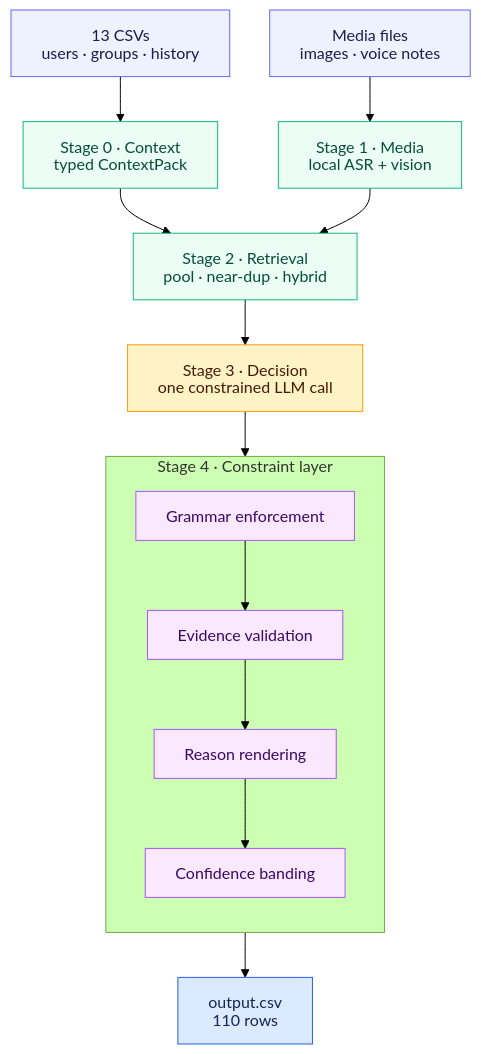
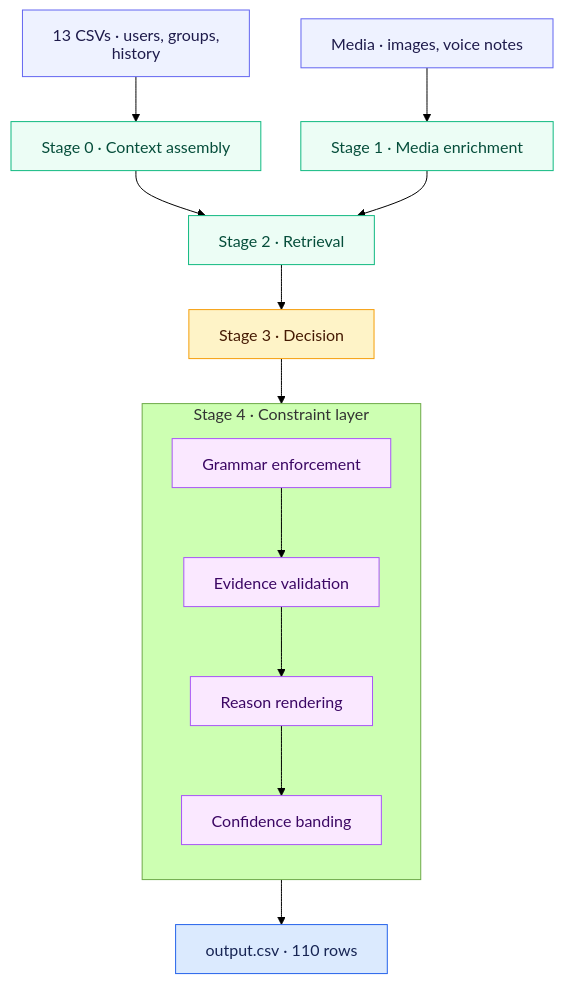
Before and after one commit to akshar625/whatsapp-notification-router: the diagram in README.md, drawn with Mermaid (forest theme).

Commit message:
Use single-line diagram labels for cross-renderer compatibility

````diff
--- a/README.md
+++ b/README.md
@@ -49,41 +49,41 @@
 ```mermaid
 %%{init: {"htmlLabels": false, "flowchart": {"htmlLabels": false, "nodeSpacing": 40, "rankSpacing": 45}} }%%
 flowchart TD
-    CSV["13 CSVs<br/>users · groups · history"]
-    MEDIA["Media files<br/>images · voice notes"]
+    CSV["13 CSVs · users, groups, history"]
+    MEDIA["Media · images, voice notes"]
 
-    CTX["Stage 0 · Context<br/>typed ContextPack"]
-    ENR["Stage 1 · Media<br/>local ASR + vision"]
-    RET["Stage 2 · Retrieval<br/>pool · near-dup · hybrid"]
-    DEC["Stage 3 · Decision<br/>one constrained LLM call"]
+    CTX["Stage 0 · Context assembly"]
+    ENR["Stage 1 · Media enrichment"]
+    RET["Stage 2 · Retrieval"]
+    DEC["Stage 3 · Decision"]
 
     subgraph CONS["Stage 4 · Constraint layer"]
         direction TB
         G["Grammar enforcement"]
         E["Evidence validation"]
         R["Reason rendering"]
         C["Confidence banding"]
         G --> E --> R --> C
     end
 
-    OUT["output.csv<br/>110 rows"]
+    OUT["output.csv · 110 rows"]
 
     CSV --> CTX
     MEDIA --> ENR
     CTX --> RET
     ENR --> RET
     RET --> DEC
     DEC --> G
     C --> OUT
 
     classDef input fill:#eef2ff,stroke:#6366f1,color:#1e1b4b
     classDef stage fill:#ecfdf5,stroke:#10b981,color:#064e3b
     classDef llm   fill:#fef3c7,stroke:#f59e0b,color:#451a03
     classDef guard fill:#fae8ff,stroke:#a855f7,color:#3b0764
     classDef out   fill:#dbeafe,stroke:#2563eb,color:#172554
     class CSV,MEDIA input
     class CTX,ENR,RET stage
     class DEC llm
     class G,E,R,C guard
     class OUT out
 ```
````
